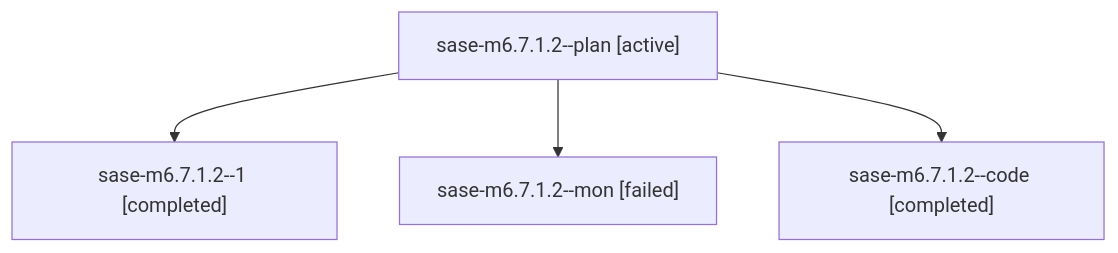
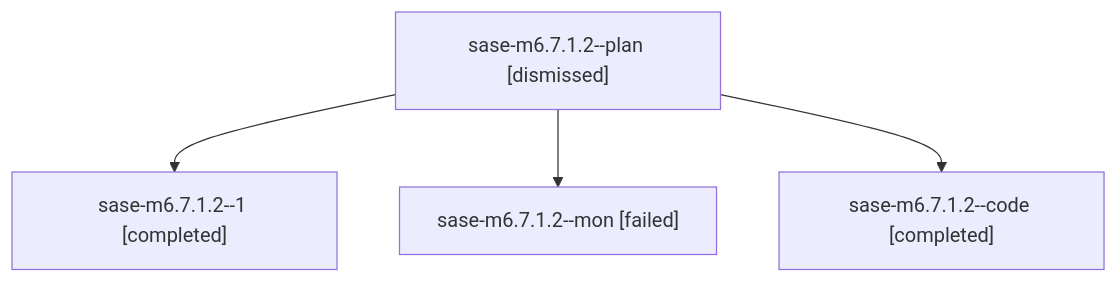
Before and after one commit to sase-org/sase--agents: the diagram in sessions/bbugyi200.athena.sase-m6.7.1.2.md, drawn with Mermaid. The commit also changed other lines of this file and 187 other files, not shown here.

````diff
--- a/sessions/bbugyi200.athena.sase-m6.7.1.2.md
+++ b/sessions/bbugyi200.athena.sase-m6.7.1.2.md
@@ -9,10 +9,10 @@
 ```mermaid
 flowchart TD
-  n0["sase-m6.7.1.2--plan [active]"]
+  n0["sase-m6.7.1.2--plan [dismissed]"]
   n1["sase-m6.7.1.2--1 [completed]"]
   n0 --> n1
   n2["sase-m6.7.1.2--mon [failed]"]
   n0 --> n2
   n3["sase-m6.7.1.2--code [completed]"]
   n0 --> n3
 ```
````
